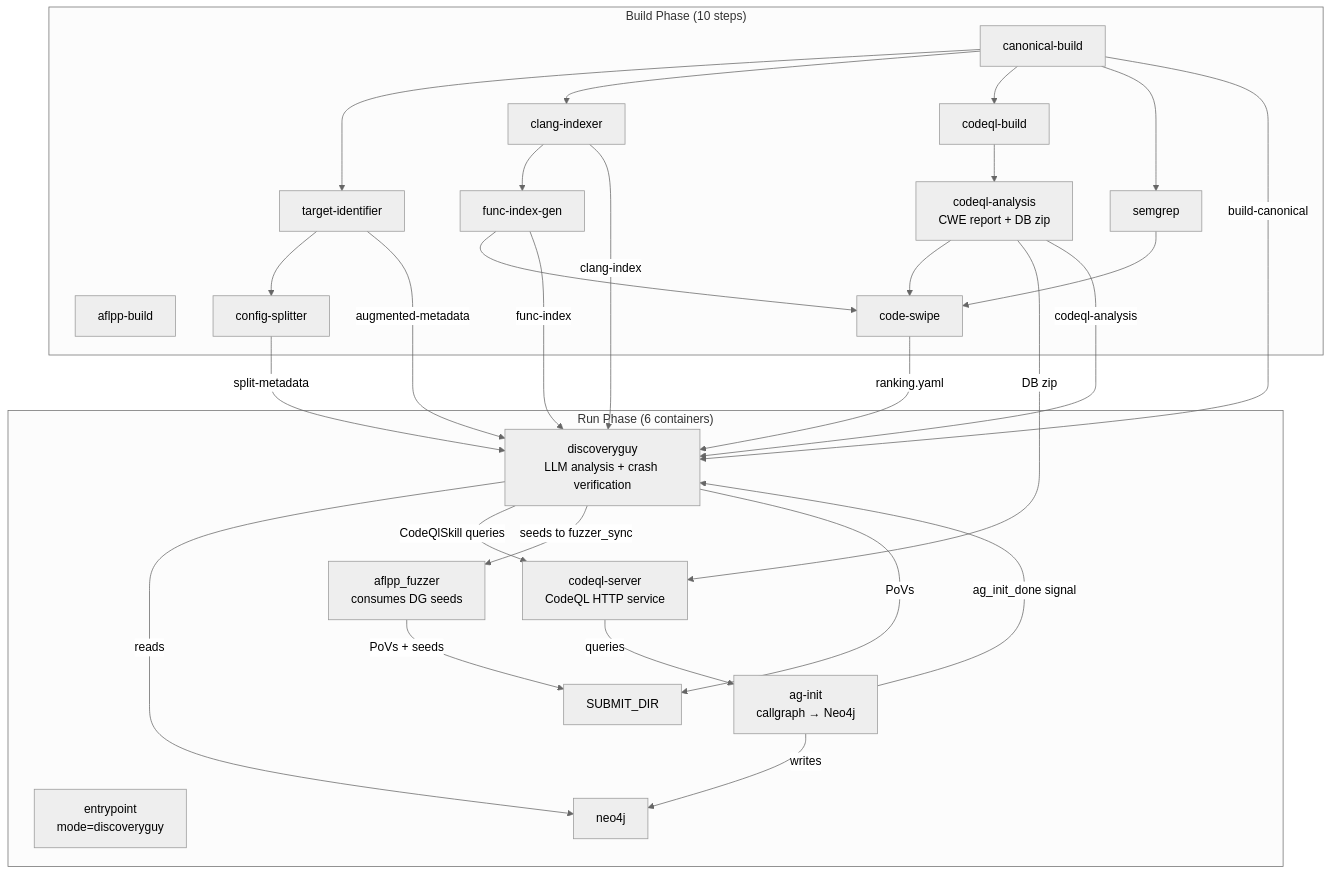
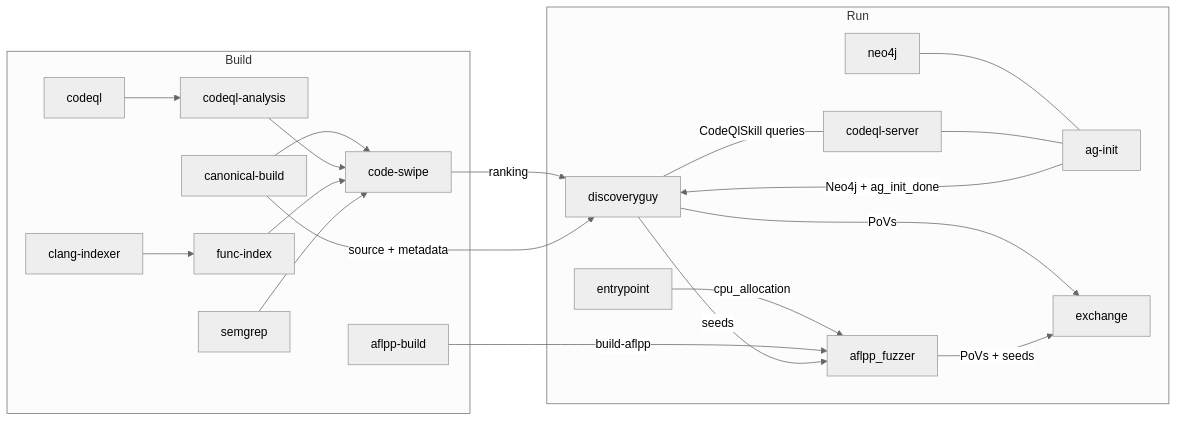
The diagram in docs/crs-shellphish-discoveryguy.md (Team-Atlanta/shellphish-oss-crs), drawn with Mermaid (neutral theme) before and after one commit. The commit also changed other lines of this file and 3 other files, not shown here.

````diff
--- a/docs/crs-shellphish-discoveryguy.md
+++ b/docs/crs-shellphish-discoveryguy.md
@@ -7,44 +9,27 @@
 ```mermaid
-graph TD
-    subgraph "Build Phase (10 steps)"
-        CB[canonical-build] --> TI[target-identifier]
-        CB --> CI[clang-indexer]
-        CB --> CQL[codeql-build]
+graph LR
+    subgraph Build
+        CB[canonical-build] --> SW[code-swipe]
+        CQL[codeql] --> CQA[codeql-analysis] --> SW
+        CI[clang-indexer] --> FI[func-index] --> SW
+        SEM[semgrep] --> SW
         AB[aflpp-build]
-        TI --> CS[config-splitter]
-        CI --> FI[func-index-gen]
-        CB --> SEM[semgrep]
-        CQL --> CQA[codeql-analysis<br/>CWE report + DB zip]
-        FI --> SW[code-swipe]
-        SEM --> SW
-        CQA --> SW
     end
 
-    subgraph "Run Phase (6 containers)"
-        EP[entrypoint<br/>mode=discoveryguy]
-        NEO[neo4j]
-        CQLS[codeql-server<br/>CodeQL HTTP service]
-        AGI[ag-init<br/>callgraph → Neo4j]
-        AFL[aflpp_fuzzer<br/>consumes DG seeds]
-        DG[discoveryguy<br/>LLM analysis + crash verification]
+    subgraph Run
+        EP[entrypoint] -->|cpu_allocation| AFL[aflpp_fuzzer]
+        AB -->|build-aflpp| AFL
 
-        CQA -->|DB zip| CQLS
-        CQLS -->|queries| AGI
-        AGI -->|writes| NEO
-        AGI -->|ag_init_done signal| DG
+        AGI[ag-init] -->|Neo4j + ag_init_done| DG[discoveryguy]
+        SW -->|ranking| DG
+        CB -->|source + metadata| DG
 
-        SW -->|ranking.yaml| DG
-        CB -->|build-canonical| DG
-        FI -->|func-index| DG
-        CI -->|clang-index| DG
-        TI -->|augmented-metadata| DG
-        CS -->|split-metadata| DG
-        CQA -->|codeql-analysis| DG
+        DG -->|seeds| AFL
+        DG -->|PoVs| EX[exchange]
+        AFL -->|PoVs + seeds| EX
 
-        DG -->|reads| NEO
-        DG -->|CodeQlSkill queries| CQLS
-        DG -->|seeds to fuzzer_sync| AFL
-        DG -->|PoVs| SUB[SUBMIT_DIR]
-        AFL -->|PoVs + seeds| SUB
+        NEO[neo4j] --- AGI
+        CQLS[codeql-server] --- AGI
+        DG ---|CodeQlSkill queries| CQLS
     end
 ```
````
